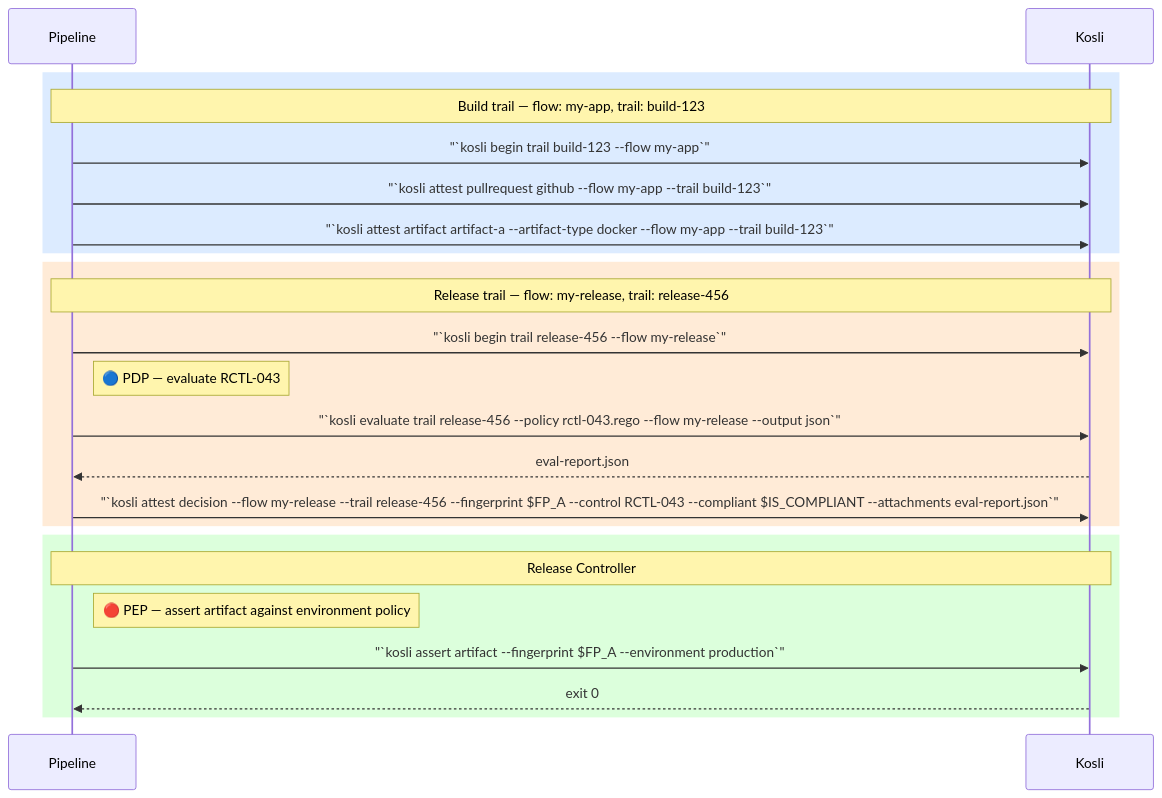
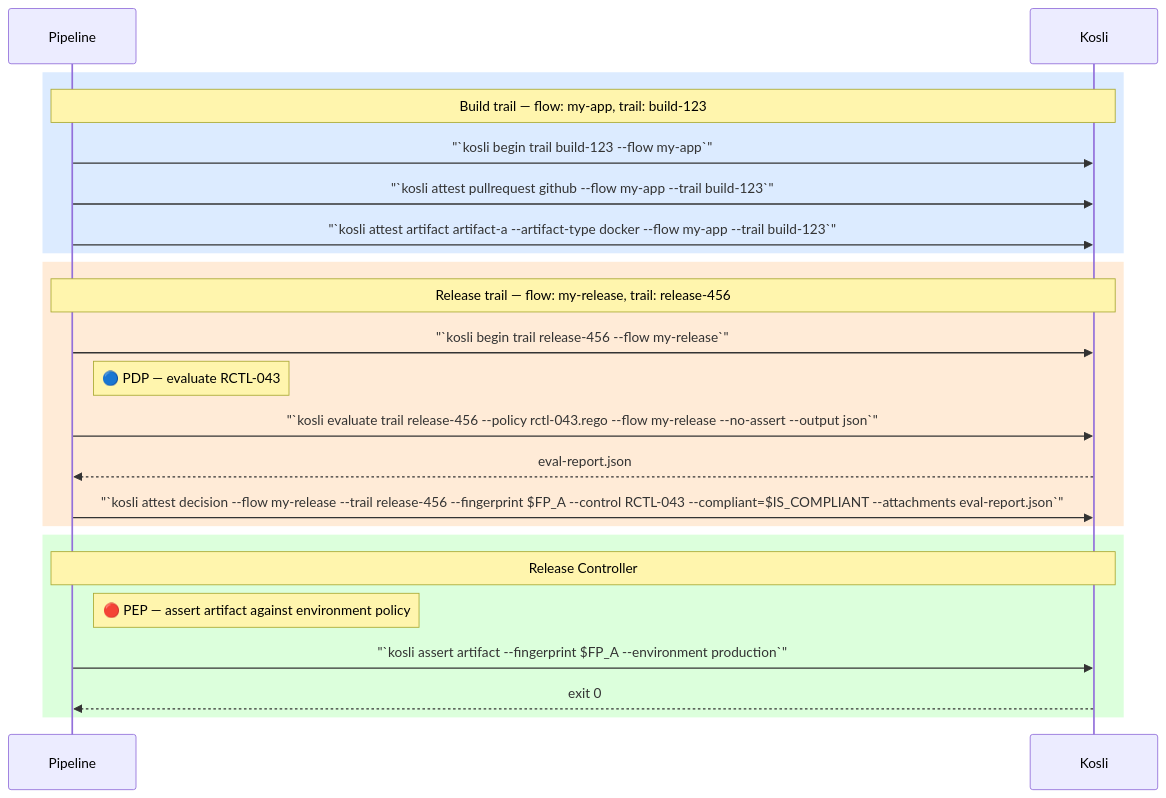
The diagram in tutorials/working_with_controls.mdx (kosli-dev/docs), drawn with Mermaid before and after one commit. The commit also changed other lines of this file and 5 other files, not shown here.

````diff
--- a/tutorials/working_with_controls.mdx
+++ b/tutorials/working_with_controls.mdx
@@ -195,32 +179,32 @@
 ```mermaid
 sequenceDiagram
     participant P as Pipeline
     participant K as Kosli
 
     rect rgb(220,235,255)
         Note over P,K: Build trail — flow: my-app, trail: build-123
 
         P->>K: "`kosli begin trail build-123 --flow my-app`"
         P->>K: "`kosli attest pullrequest github --flow my-app --trail build-123`"
         P->>K: "`kosli attest artifact artifact-a --artifact-type docker --flow my-app --trail build-123`"
     end
 
     rect rgb(255,235,215)
         Note over P,K: Release trail — flow: my-release, trail: release-456
 
         P->>K: "`kosli begin trail release-456 --flow my-release`"
 
         Note right of P: 🔵 PDP — evaluate RCTL-043
-        P->>K: "`kosli evaluate trail release-456 --policy rctl-043.rego --flow my-release --output json`"
+        P->>K: "`kosli evaluate trail release-456 --policy rctl-043.rego --flow my-release --no-assert --output json`"
         K-->>P: eval-report.json
-        P->>K: "`kosli attest decision --flow my-release --trail release-456 --fingerprint $FP_A --control RCTL-043 --compliant $IS_COMPLIANT --attachments eval-report.json`"
+        P->>K: "`kosli attest decision --flow my-release --trail release-456 --fingerprint $FP_A --control RCTL-043 --compliant=$IS_COMPLIANT --attachments eval-report.json`"
     end
 
     rect rgb(220,255,220)
         Note over P,K: Release Controller
 
         Note right of P: 🔴 PEP — assert artifact against environment policy
         P->>K: "`kosli assert artifact --fingerprint $FP_A --environment production`"
         K-->>P: exit 0
     end
 ```
````
